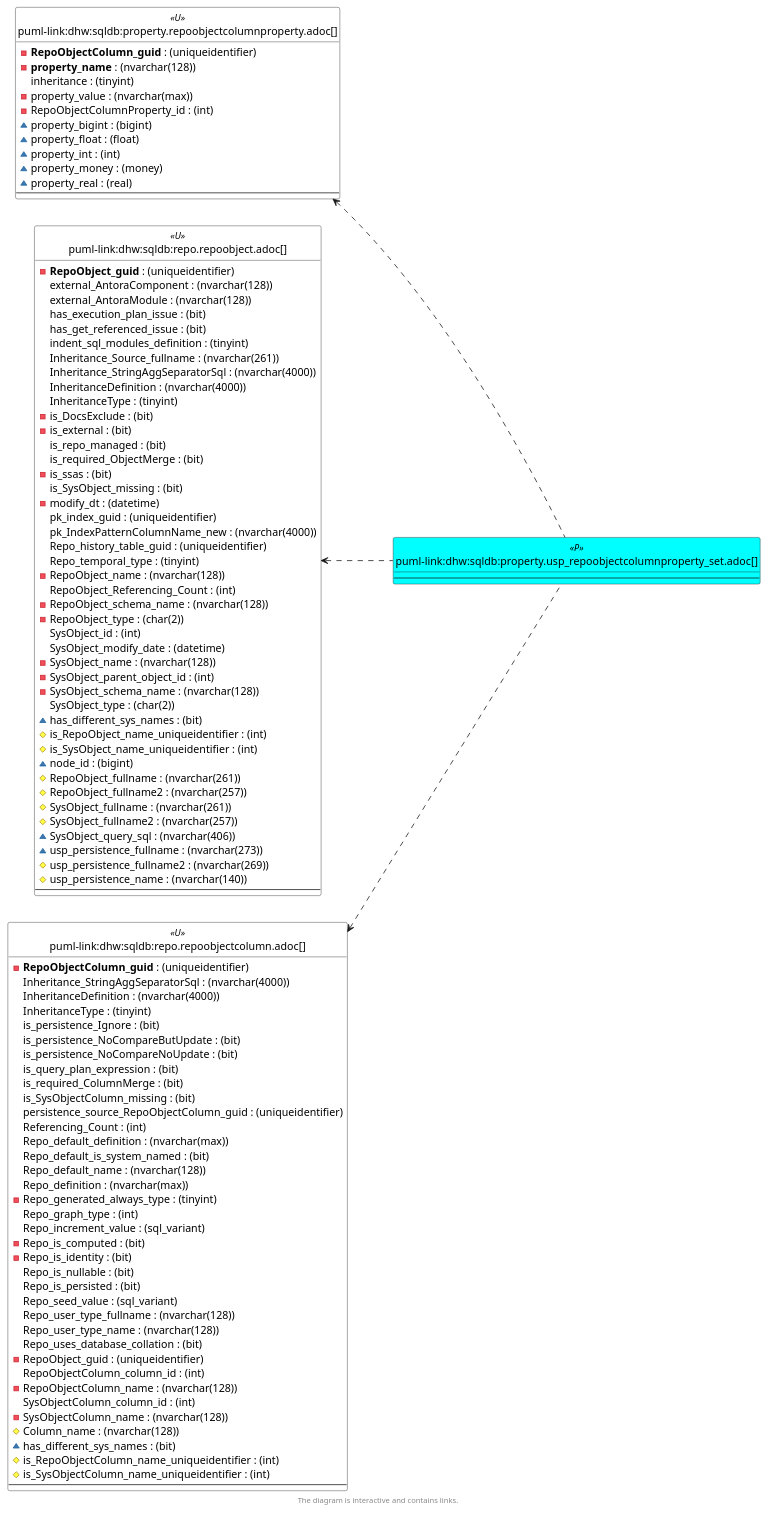
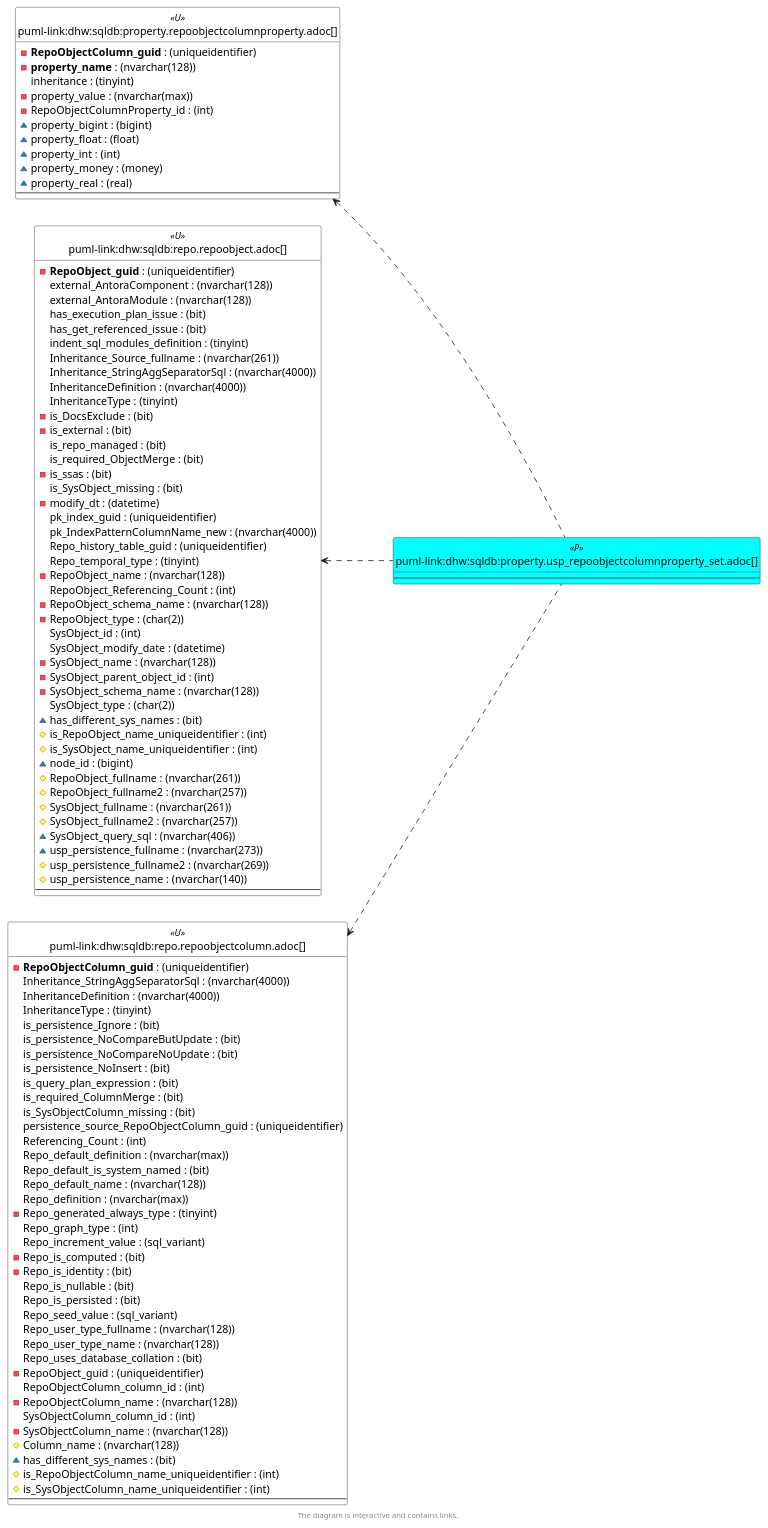
One commit to DataHandwerk/dhw-antora-sqldb changed the sixth of 6 diagrams in docs/modules/sqldb/partials/content/property.usp_repoobjectcolumnproperty_set.adoc. Above: the diagram before and after it, drawn with PlantUML. The commit also changed 701 other files, not shown here.

```diff
--- a/docs/modules/sqldb/partials/content/property.usp_repoobjectcolumnproperty_set.adoc
+++ b/docs/modules/sqldb/partials/content/property.usp_repoobjectcolumnproperty_set.adoc
@@ -1194,6 +1194,7 @@
   is_persistence_Ignore : (bit)
   is_persistence_NoCompareButUpdate : (bit)
   is_persistence_NoCompareNoUpdate : (bit)
+  is_persistence_NoInsert : (bit)
   is_query_plan_expression : (bit)
   is_required_ColumnMerge : (bit)
   is_SysObjectColumn_missing : (bit)
```
